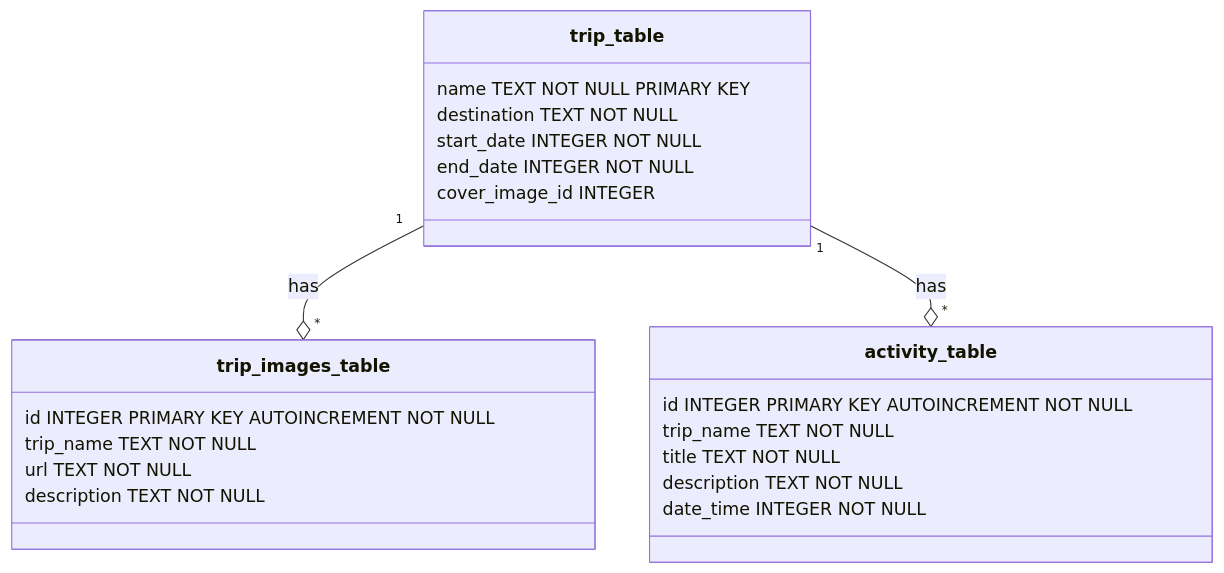
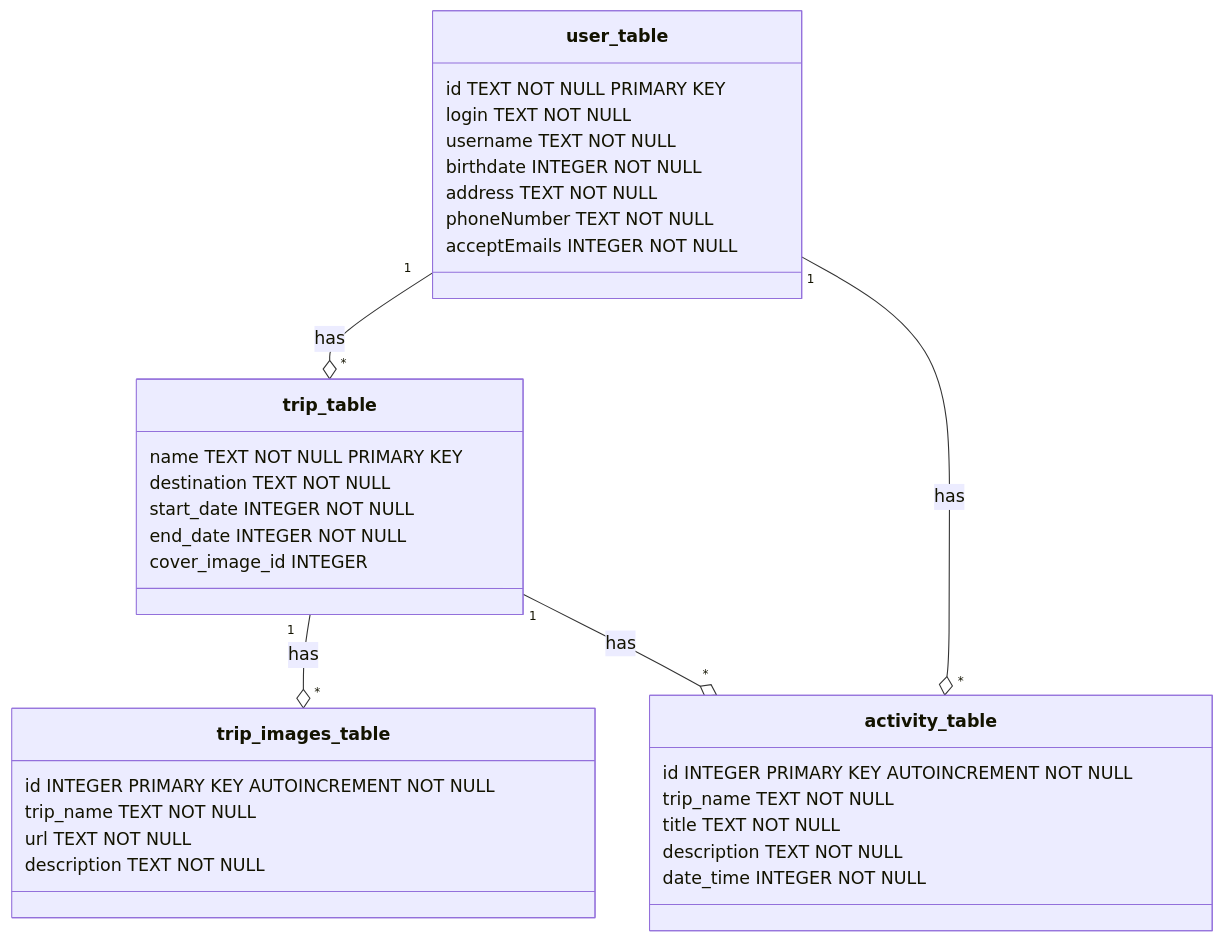
One commit to xBlanco/Zeni changed the second of 2 diagrams in docs/Design.md. Above: the diagram before and after it, drawn with Mermaid. The commit also changed other lines of this file and 10 other files, not shown here.

````diff
--- a/docs/Design.md
+++ b/docs/Design.md
@@ -88,28 +112,40 @@
 ```mermaid
 classDiagram
 class trip_table {
     name TEXT NOT NULL PRIMARY KEY
     destination TEXT NOT NULL
     start_date INTEGER NOT NULL
     end_date INTEGER NOT NULL
     cover_image_id INTEGER
 }
 
 class trip_images_table {
     id INTEGER PRIMARY KEY AUTOINCREMENT NOT NULL
     trip_name TEXT NOT NULL
     url TEXT NOT NULL
     description TEXT NOT NULL
 }
 
 class activity_table {
     id INTEGER PRIMARY KEY AUTOINCREMENT NOT NULL
     trip_name TEXT NOT NULL
     title TEXT NOT NULL
     description TEXT NOT NULL
     date_time INTEGER NOT NULL
 }
 
+  class user_table {
+    id TEXT NOT NULL PRIMARY KEY
+    login TEXT NOT NULL
+    username TEXT NOT NULL
+    birthdate INTEGER NOT NULL
+    address TEXT NOT NULL
+    phoneNumber TEXT NOT NULL
+    acceptEmails INTEGER NOT NULL
+  }
+
 trip_table "1" --o "*" trip_images_table : has
 trip_table "1" --o "*" activity_table : has
+user_table "1" --o "*" trip_table : has
+user_table "1" --o "*" activity_table : has
 ```
````
